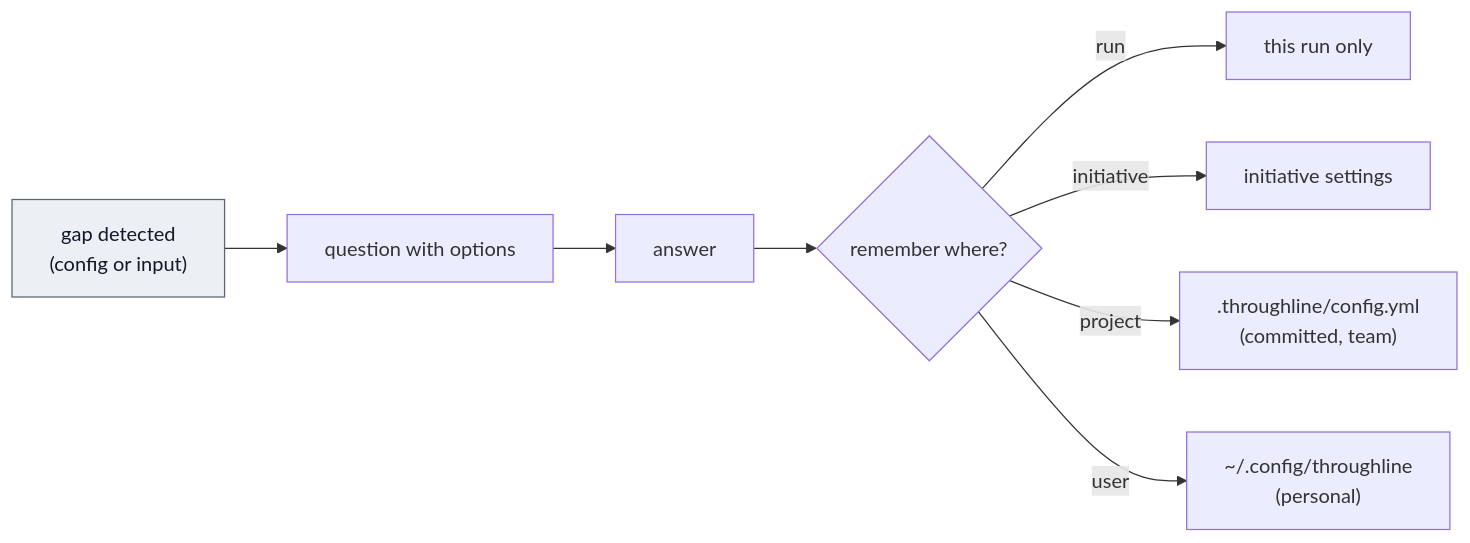
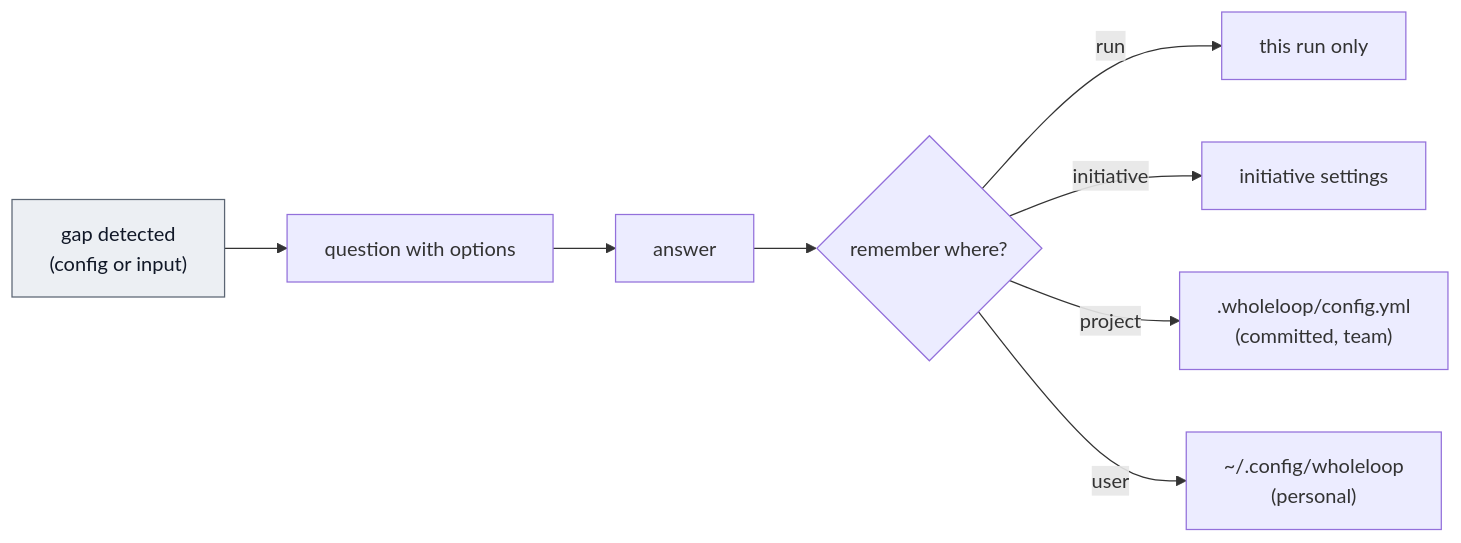
Before and after one commit to dreamingechoes/wholeloop: the diagram in docs/architecture/core-cli.md, drawn with Mermaid. The commit also changed other lines of this file and 61 other files, not shown here.

Commit message:
refactor: rename the project to wholeloop

````diff
--- a/docs/architecture/core-cli.md
+++ b/docs/architecture/core-cli.md
@@ -83,11 +83,11 @@
 ```mermaid
 flowchart LR
   G["gap detected<br/>(config or input)"]:::core --> Q["question with options"]
   Q --> A["answer"]
   A --> R{"remember where?"}
   R -- run --> X1["this run only"]
   R -- initiative --> X2["initiative settings"]
-  R -- project --> X3[".throughline/config.yml<br/>(committed, team)"]
-  R -- user --> X4["~/.config/throughline<br/>(personal)"]
+  R -- project --> X3[".wholeloop/config.yml<br/>(committed, team)"]
+  R -- user --> X4["~/.config/wholeloop<br/>(personal)"]
   classDef core fill:#eceff3,stroke:#5b6573,color:#111827;
 ```
````
